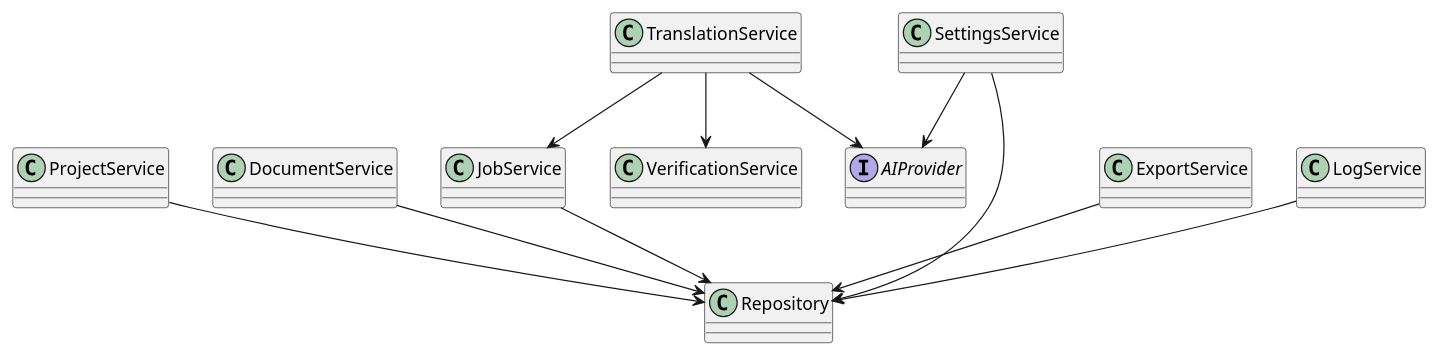
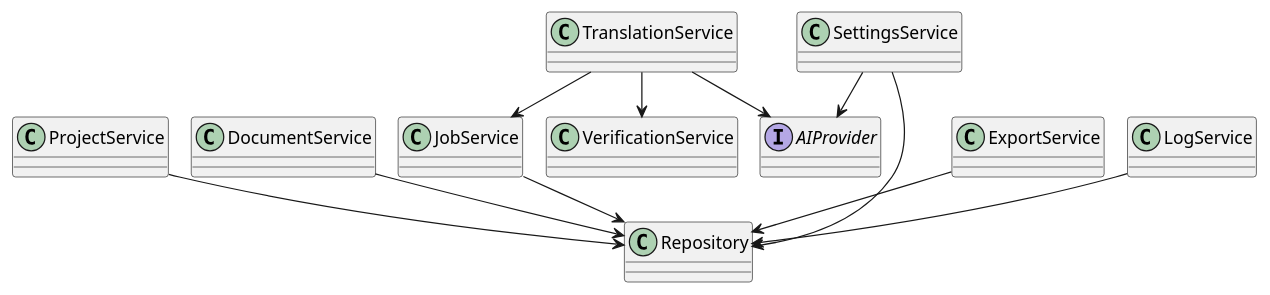
One commit to Balrog57/noveltrad changed the second of 8 diagrams in NovelTrad_SDD.md. Above: the diagram before and after it, drawn with PlantUML. The commit also changed other lines of this file, not shown here.

````diff
--- a/NovelTrad_SDD.md
+++ b/NovelTrad_SDD.md
@@ -1790,24 +1803,25 @@
 ```plantuml
 @startuml NovelTrad_Classes
+!pragma layout smetana
 class ProjectService
 class DocumentService
 class JobService
 class TranslationService
 class VerificationService
 class ExportService
 class SettingsService
 class LogService
 interface AIProvider
 class Repository
 ProjectService --> Repository
 DocumentService --> Repository
 JobService --> Repository
 TranslationService --> AIProvider
 TranslationService --> VerificationService
 TranslationService --> JobService
 ExportService --> Repository
 SettingsService --> AIProvider
 SettingsService --> Repository
 LogService --> Repository
 @enduml
 ```
````
